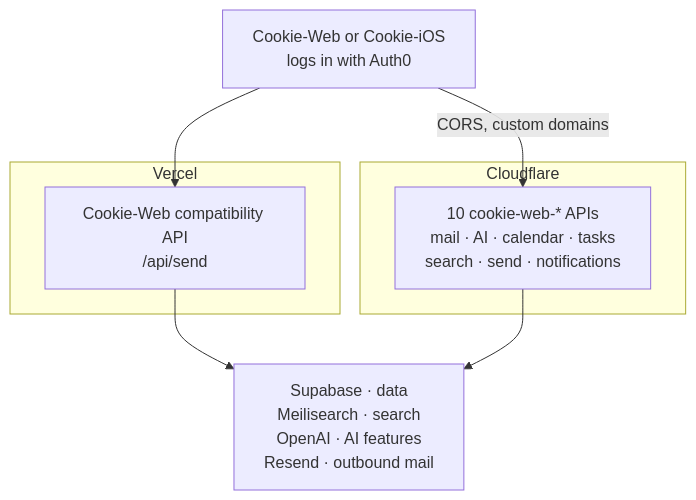
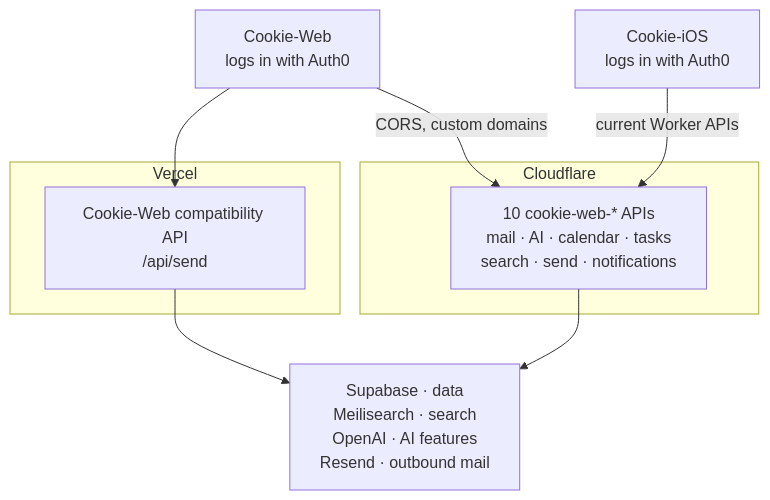
The fifth of 7 diagrams in docs/01-architecture.mdx (allistera/Cookie-Docs), drawn with Mermaid before and after one commit. The commit also changed other lines of this file and 8 other files, not shown here.

Commit message:
docs: record iOS Worker API migration

````diff
--- a/docs/01-architecture.mdx
+++ b/docs/01-architecture.mdx
@@ -152,19 +152,21 @@
 ```mermaid
 flowchart TB
-    Login["Cookie-Web or Cookie-iOS<br/>logs in with Auth0"]
+    Web["Cookie-Web<br/>logs in with Auth0"]
+    IOS["Cookie-iOS<br/>logs in with Auth0"]
 
     subgraph Vercel["Vercel"]
         API["Cookie-Web compatibility API<br/>/api/send"]
     end
 
     subgraph CF["Cloudflare"]
         Workers["10 cookie-web-* APIs<br/>mail · AI · calendar · tasks<br/>search · send · notifications"]
     end
 
     Services["Supabase · data<br/>Meilisearch · search<br/>OpenAI · AI features<br/>Resend · outbound mail"]
 
-    Login --> API
-    Login -- "CORS, custom domains" --> Workers
+    Web --> API
+    Web -- "CORS, custom domains" --> Workers
+    IOS -- "current Worker APIs" --> Workers
     API --> Services
     Workers --> Services
 ```
````
